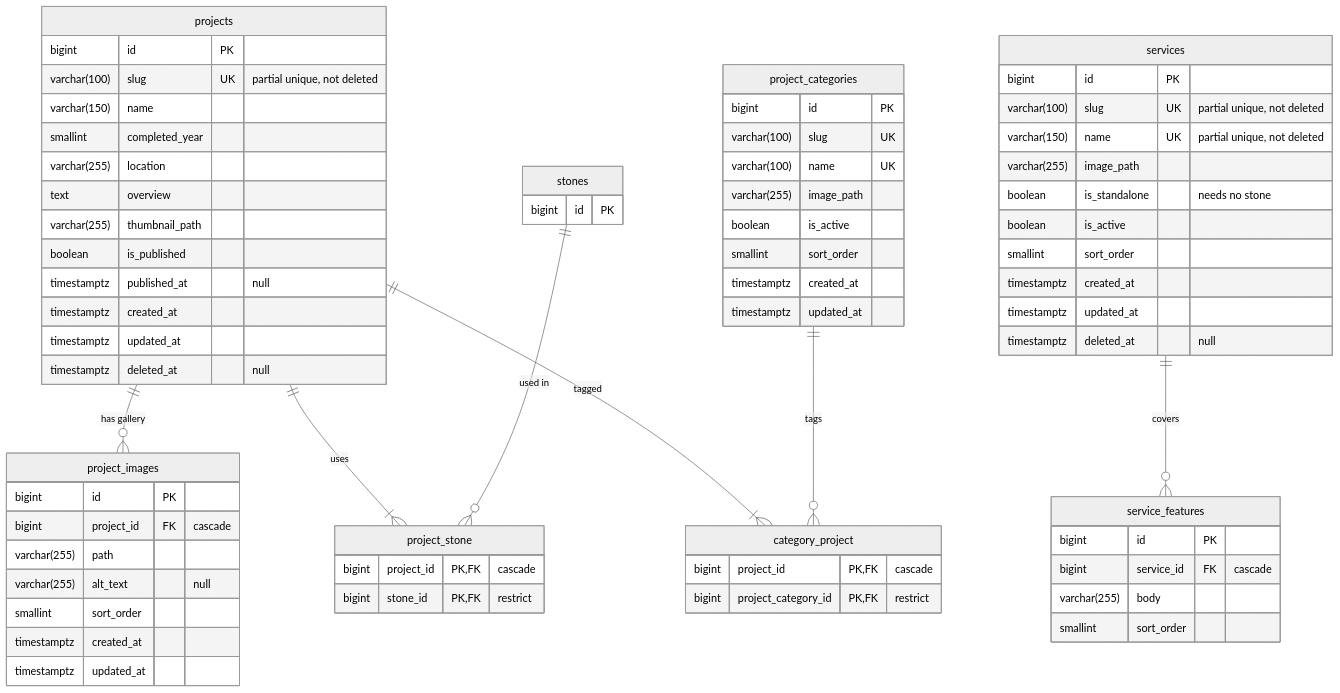
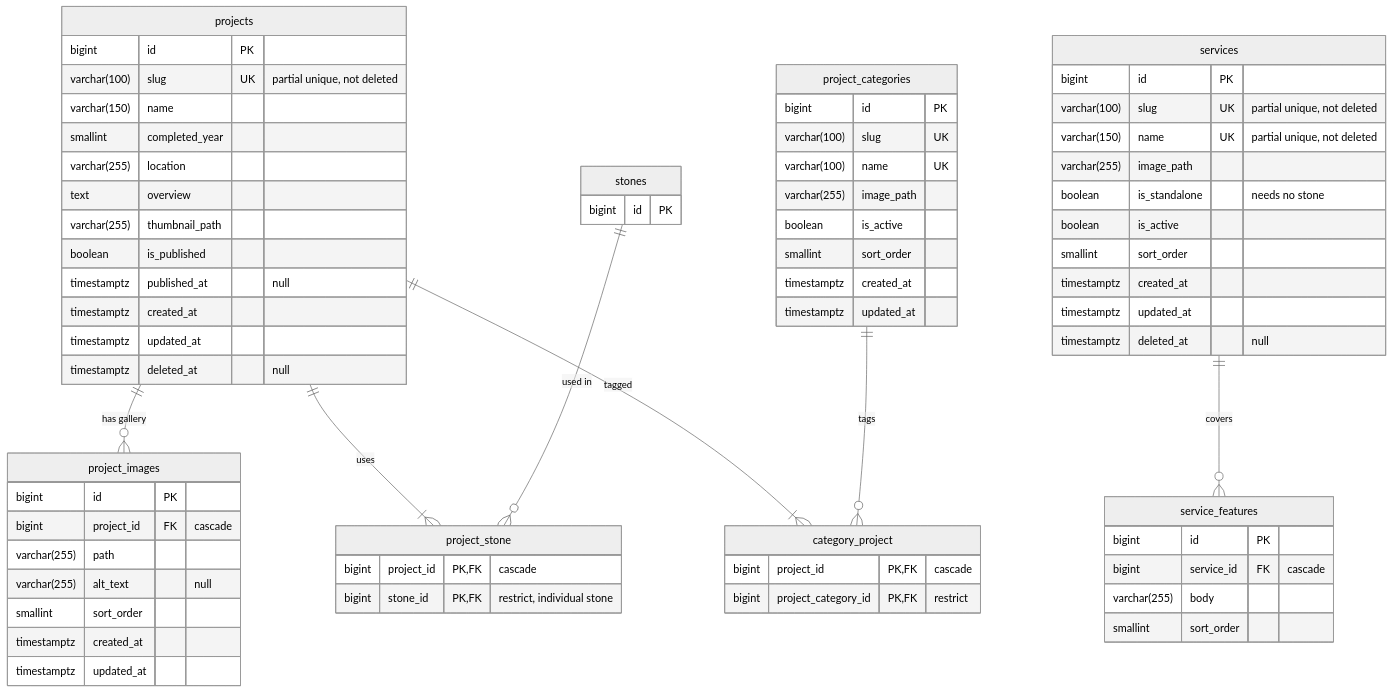
Before and after one commit to regraystone/regray: the third of 5 diagrams in docs/database/regray-erd.md, drawn with Mermaid (neutral theme). The commit also changed other lines of this file and 66 other files, not shown here.

````diff
--- a/docs/database/regray-erd.md
+++ b/docs/database/regray-erd.md
@@ -227,72 +245,72 @@
 ```mermaid
 erDiagram
     projects {
         bigint id PK
         varchar(100) slug UK "partial unique, not deleted"
         varchar(150) name
         smallint completed_year
         varchar(255) location
         text overview
         varchar(255) thumbnail_path
         boolean is_published
         timestamptz published_at "null"
         timestamptz created_at
         timestamptz updated_at
         timestamptz deleted_at "null"
     }
     project_images {
         bigint id PK
         bigint project_id FK "cascade"
         varchar(255) path
         varchar(255) alt_text "null"
         smallint sort_order
         timestamptz created_at
         timestamptz updated_at
     }
     project_stone {
         bigint project_id PK, FK "cascade"
-        bigint stone_id PK, FK "restrict"
+        bigint stone_id PK, FK "restrict, individual stone"
     }
     project_categories {
         bigint id PK
         varchar(100) slug UK
         varchar(100) name UK
         varchar(255) image_path
         boolean is_active
         smallint sort_order
         timestamptz created_at
         timestamptz updated_at
     }
     category_project {
         bigint project_id PK, FK "cascade"
         bigint project_category_id PK, FK "restrict"
     }
     services {
         bigint id PK
         varchar(100) slug UK "partial unique, not deleted"
         varchar(150) name UK "partial unique, not deleted"
         varchar(255) image_path
         boolean is_standalone "needs no stone"
         boolean is_active
         smallint sort_order
         timestamptz created_at
         timestamptz updated_at
         timestamptz deleted_at "null"
     }
     service_features {
         bigint id PK
         bigint service_id FK "cascade"
         varchar(255) body
         smallint sort_order
     }
     stones {
         bigint id PK
     }
 
     projects ||--o{ project_images : "has gallery"
     projects ||--|{ project_stone : "uses"
     stones ||--o{ project_stone : "used in"
     projects ||--|{ category_project : "tagged"
     project_categories ||--o{ category_project : "tags"
     services ||--o{ service_features : "covers"
 ```
````
